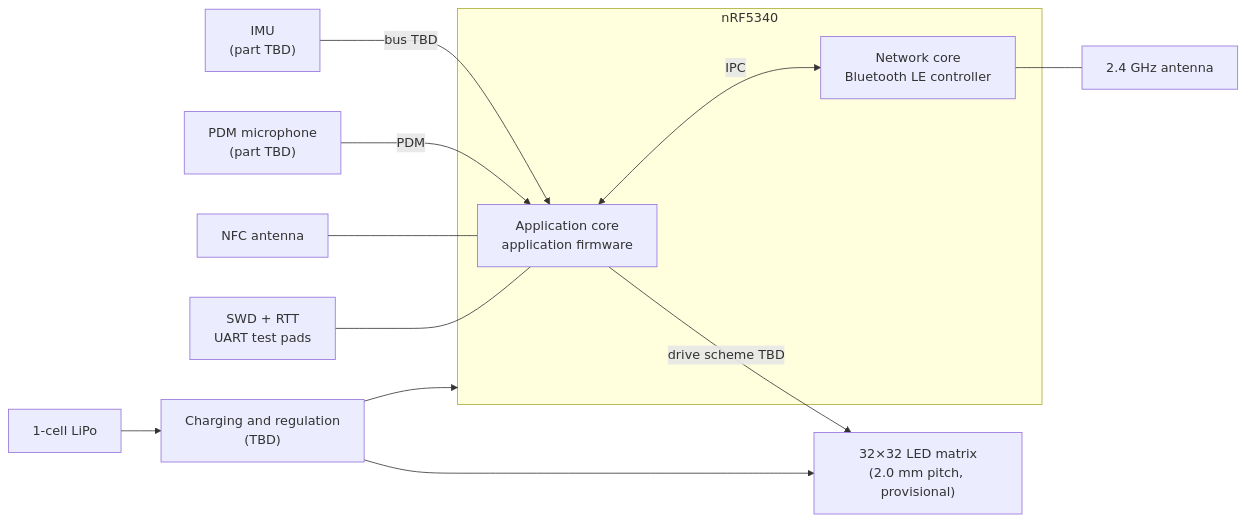
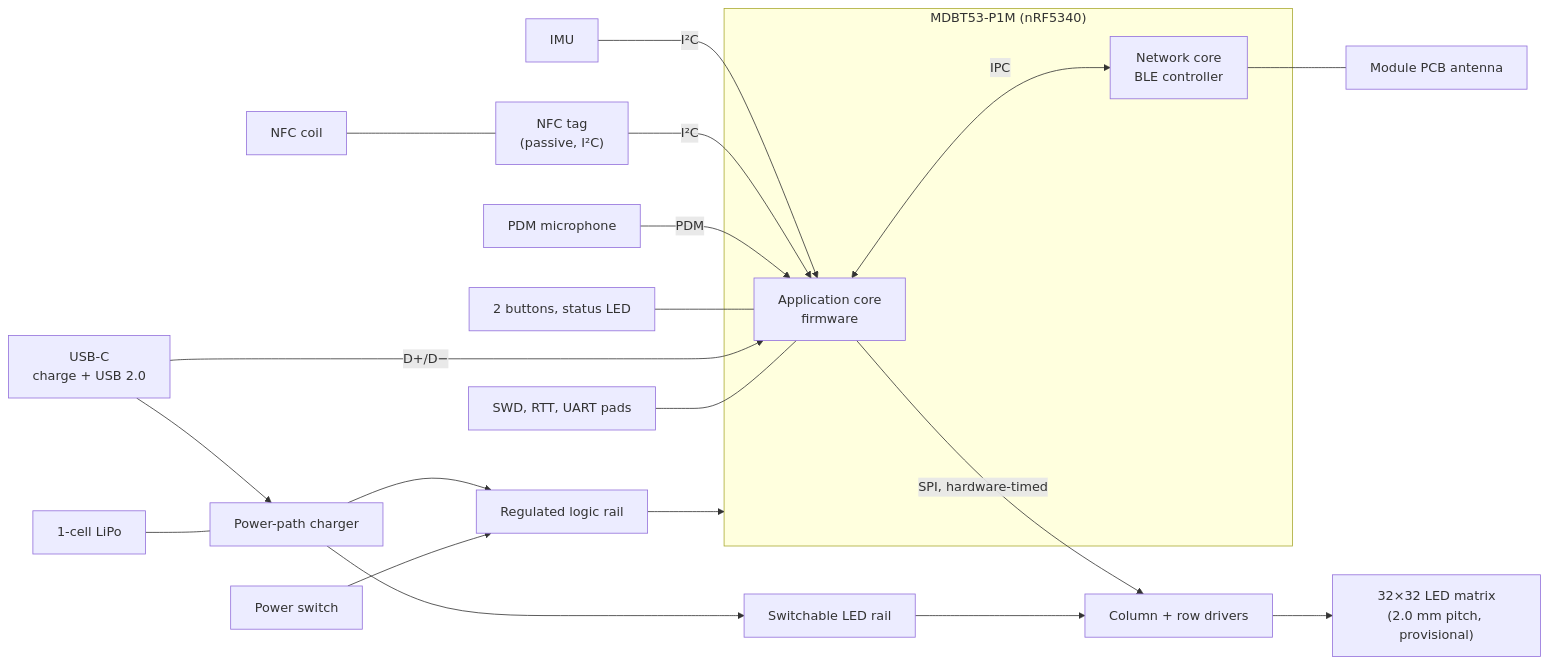
One commit to zgeez/Pixel-Badge changed the diagram in docs/architecture.md. Above: the diagram before and after it, drawn with Mermaid. The commit also changed other lines of this file and 5 other files, not shown here.

Commit message:
docs: freeze Rev A badge architecture

````diff
--- a/docs/architecture.md
+++ b/docs/architecture.md
@@ -18,20 +25,28 @@
 ```mermaid
 flowchart LR
-    subgraph SoC["nRF5340"]
-        APP["Application core<br/>application firmware"]
-        NET["Network core<br/>Bluetooth LE controller"]
+    subgraph MOD["MDBT53-P1M (nRF5340)"]
+        APP["Application core<br/>firmware"]
+        NET["Network core<br/>BLE controller"]
         APP <-->|IPC| NET
     end
+    NET --- ANT["Module PCB antenna"]
 
-    APP -->|"drive scheme TBD"| MATRIX["32×32 LED matrix<br/>(2.0 mm pitch, provisional)"]
-    IMU["IMU<br/>(part TBD)"] -->|"bus TBD"| APP
-    MIC["PDM microphone<br/>(part TBD)"] -->|PDM| APP
-    NFC["NFC antenna"] --- APP
-    NET --- ANT["2.4 GHz antenna"]
+    APP -->|"SPI, hardware-timed"| DRV["Column + row drivers"]
+    DRV --> MATRIX["32×32 LED matrix<br/>(2.0 mm pitch, provisional)"]
+    IMU["IMU"] -->|I²C| APP
+    NFC["NFC tag<br/>(passive, I²C)"] -->|I²C| APP
+    COIL["NFC coil"] --- NFC
+    MIC["PDM microphone"] -->|PDM| APP
+    UI["2 buttons, status LED"] --- APP
 
-    BATT["1-cell LiPo"] --> PWR["Charging and regulation<br/>(TBD)"]
-    PWR --> SoC
-    PWR --> MATRIX
+    USB["USB-C<br/>charge + USB 2.0"] --> CHG["Power-path charger"]
+    USB -->|D+/D−| APP
+    BATT["1-cell LiPo"] --- CHG
+    CHG --> LOGIC["Regulated logic rail"]
+    CHG --> LED["Switchable LED rail"]
+    SW["Power switch"] --> LOGIC
+    LOGIC --> MOD
+    LED --> DRV
 
-    DBG["SWD + RTT<br/>UART test pads"] --- APP
+    DBG["SWD, RTT, UART pads"] --- APP
 ```
````
